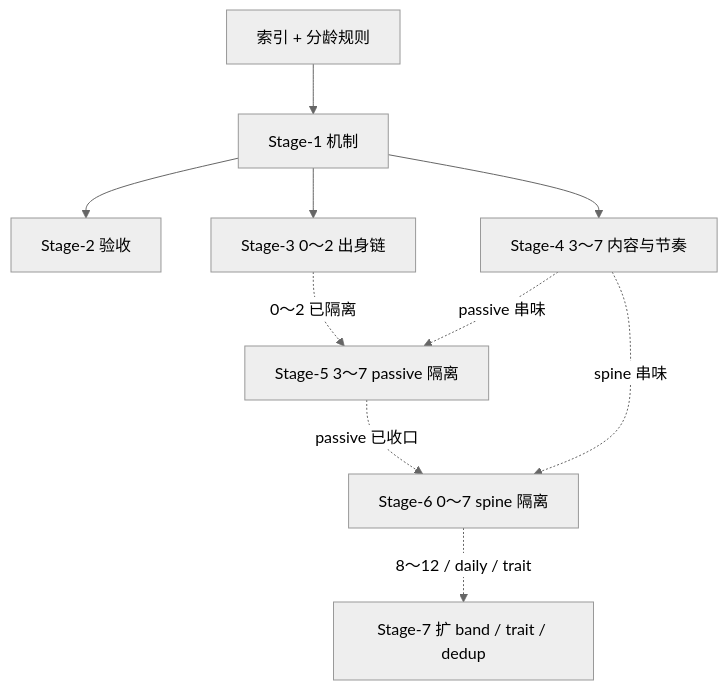
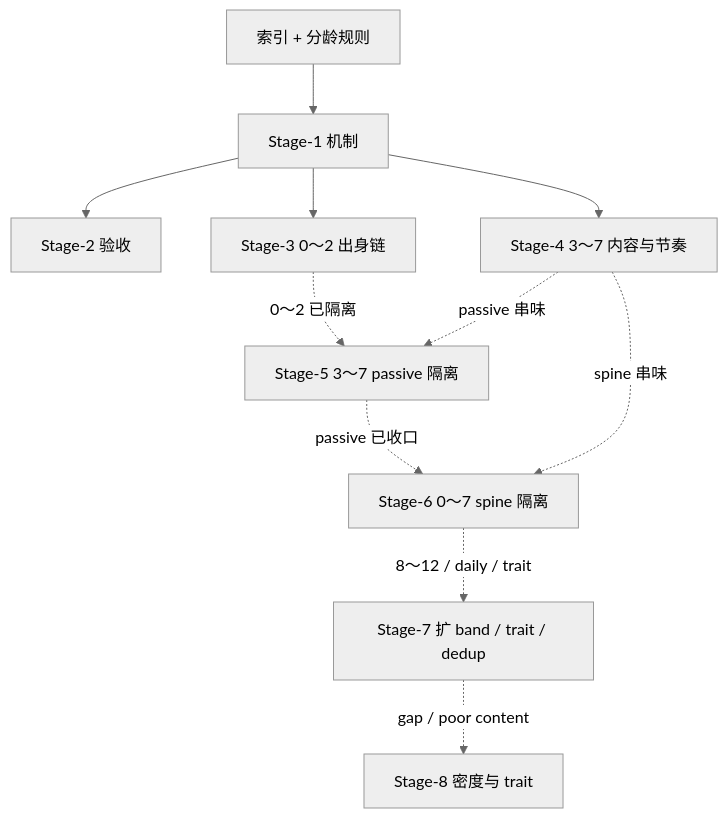
Before and after one commit to molibaby1/wuxia-life: the diagram in docs/PRD/early-childhood-opening-experience-index.md, drawn with Mermaid (neutral theme). The commit also changed other lines of this file and 8 other files, not shown here.

````diff
--- a/docs/PRD/early-childhood-opening-experience-index.md
+++ b/docs/PRD/early-childhood-opening-experience-index.md
@@ -36,21 +37,22 @@
 ```mermaid
 flowchart TB
   IDX[索引 + 分龄规则]
   S1[Stage-1 机制]
   S2[Stage-2 验收]
   S3[Stage-3 0～2 出身链]
   S4[Stage-4 3～7 内容与节奏]
   S5[Stage-5 3～7 passive 隔离]
   S6[Stage-6 0～7 spine 隔离]
   S7[Stage-7 扩 band / trait / dedup]
 
   IDX --> S1
   S1 --> S2
   S1 --> S3
   S1 --> S4
   S3 -.->|0～2 已隔离| S5
   S4 -.->|passive 串味| S5
   S4 -.->|spine 串味| S6
   S5 -.->|passive 已收口| S6
   S6 -.->|8～12 / daily / trait| S7
+  S7 -.->|gap / poor content| S8[Stage-8 密度与 trait]
 ```
````
